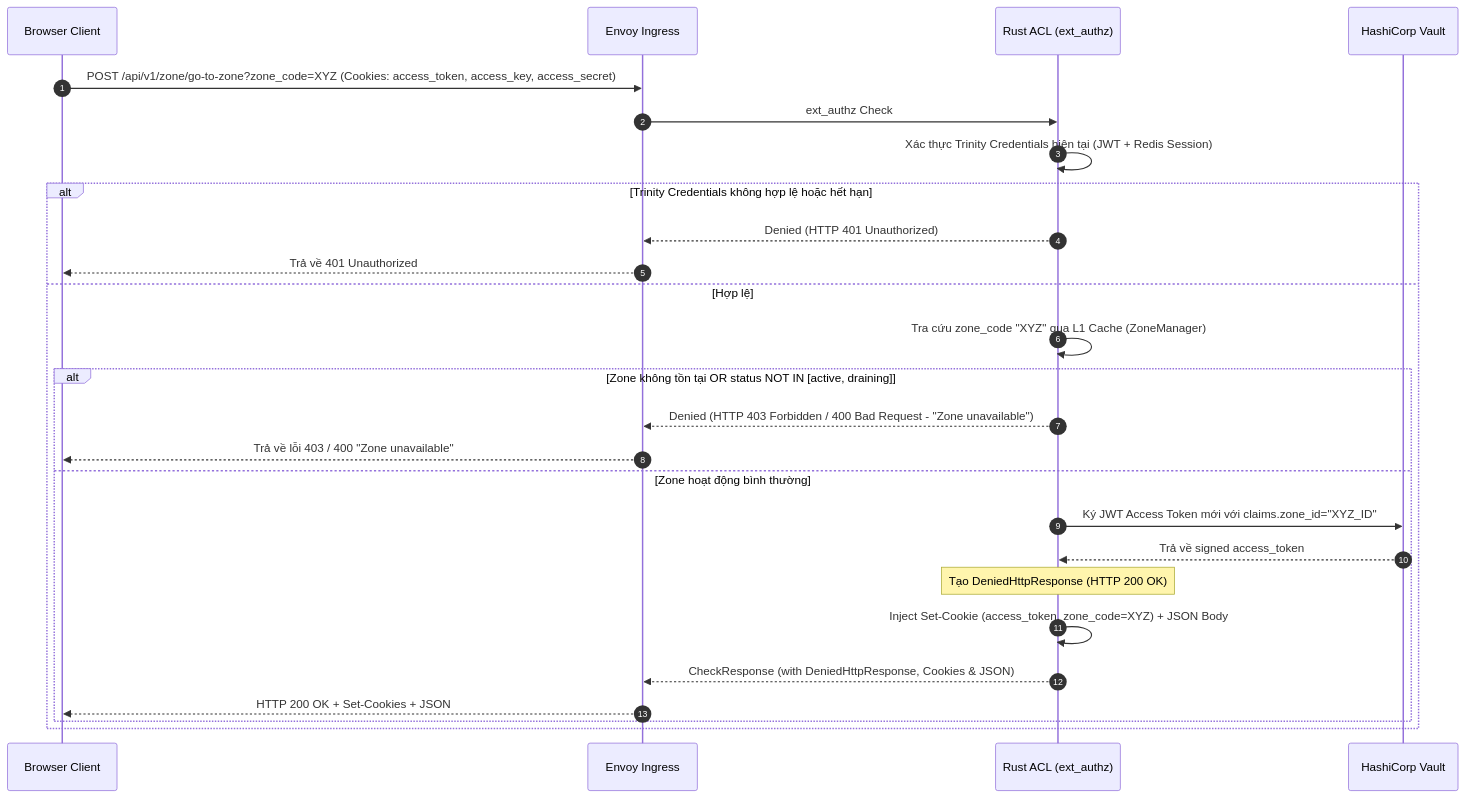
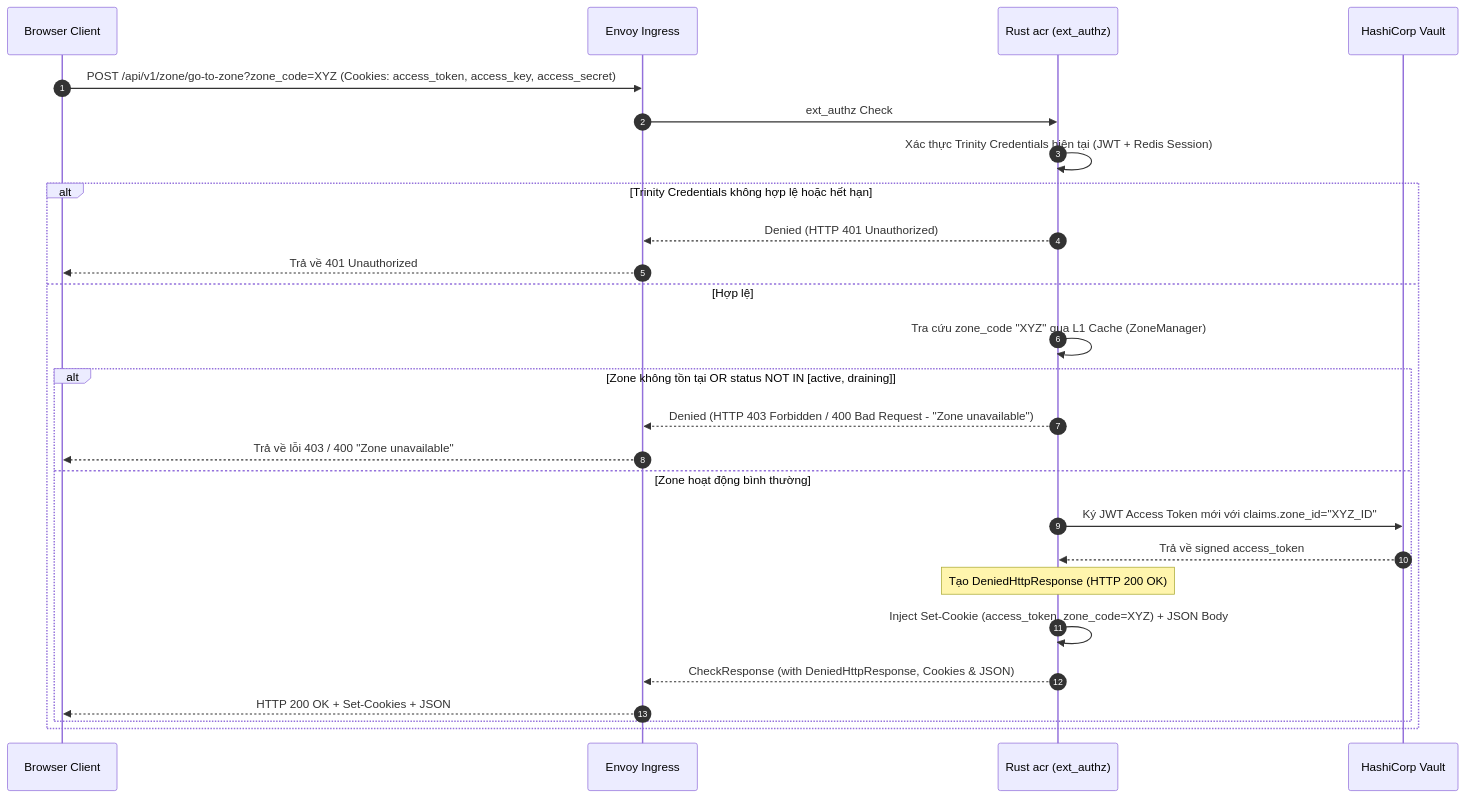
One commit to phucle996/aurora changed the third of 4 diagrams in god_view/acr/user_zone_context_god_view_workflow.md. Above: the diagram before and after it, drawn with Mermaid. The commit also changed other lines of this file and 72 other files, not shown here.

````diff
--- a/god_view/acr/user_zone_context_god_view_workflow.md
+++ b/god_view/acr/user_zone_context_god_view_workflow.md
@@ -165,30 +165,30 @@
 ```mermaid
 sequenceDiagram
     autonumber
     participant UI as Browser Client
     participant Envoy as Envoy Ingress
-    participant ACL as Rust ACL (ext_authz)
+    participant acr as Rust acr (ext_authz)
     participant Vault as HashiCorp Vault
 
     UI->>Envoy: POST /api/v1/zone/go-to-zone?zone_code=XYZ (Cookies: access_token, access_key, access_secret)
-    Envoy->>ACL: ext_authz Check
-    ACL->>ACL: Xác thực Trinity Credentials hiện tại (JWT + Redis Session)
+    Envoy->>acr: ext_authz Check
+    acr->>acr: Xác thực Trinity Credentials hiện tại (JWT + Redis Session)
     
     alt Trinity Credentials không hợp lệ hoặc hết hạn
-        ACL-->>Envoy: Denied (HTTP 401 Unauthorized)
+        acr-->>Envoy: Denied (HTTP 401 Unauthorized)
         Envoy-->>UI: Trả về 401 Unauthorized
     else Hợp lệ
-        ACL->>ACL: Tra cứu zone_code "XYZ" qua L1 Cache (ZoneManager)
+        acr->>acr: Tra cứu zone_code "XYZ" qua L1 Cache (ZoneManager)
         alt Zone không tồn tại OR status NOT IN [active, draining]
-            ACL-->>Envoy: Denied (HTTP 403 Forbidden / 400 Bad Request - "Zone unavailable")
+            acr-->>Envoy: Denied (HTTP 403 Forbidden / 400 Bad Request - "Zone unavailable")
             Envoy-->>UI: Trả về lỗi 403 / 400 "Zone unavailable"
         else Zone hoạt động bình thường
-            ACL->>Vault: Ký JWT Access Token mới với claims.zone_id="XYZ_ID"
-            Vault-->>ACL: Trả về signed access_token
-            Note over ACL: Tạo DeniedHttpResponse (HTTP 200 OK)
-            ACL->>ACL: Inject Set-Cookie (access_token, zone_code=XYZ) + JSON Body
-            ACL-->>Envoy: CheckResponse (with DeniedHttpResponse, Cookies & JSON)
+            acr->>Vault: Ký JWT Access Token mới với claims.zone_id="XYZ_ID"
+            Vault-->>acr: Trả về signed access_token
+            Note over acr: Tạo DeniedHttpResponse (HTTP 200 OK)
+            acr->>acr: Inject Set-Cookie (access_token, zone_code=XYZ) + JSON Body
+            acr-->>Envoy: CheckResponse (with DeniedHttpResponse, Cookies & JSON)
             Envoy-->>UI: HTTP 200 OK + Set-Cookies + JSON
         end
     end
 ```
````
